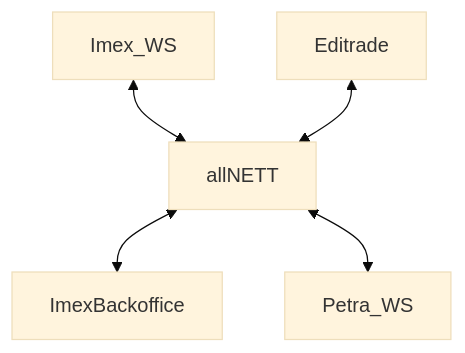
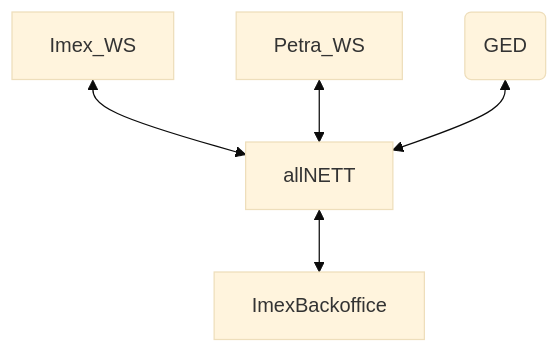
The second of 2 diagrams in TRA_applications.md (jaypizzabrown/repo1_md), drawn with Mermaid (base theme) before and after one commit. The commit also changed other lines of this file, not shown here.

````diff
--- a/TRA_applications.md
+++ b/TRA_applications.md
@@ -18,7 +18,7 @@
 ```mermaid
 graph TD;
+    allNETT<-->ImexBackoffice;
     Imex_WS<-->allNETT;
-    allNETT<-->ImexBackoffice;
-    allNETT<-->Petra_WS;
-    Editrade<-->allNETT;    
+    Petra_WS<-->allNETT;
+    Editrade(GED)<-->allNETT;
 ```
````
